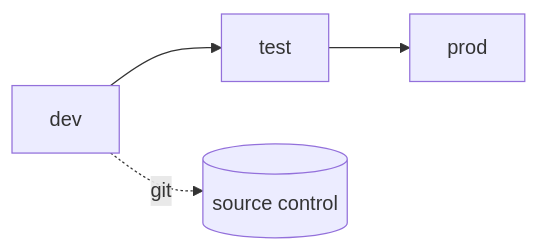
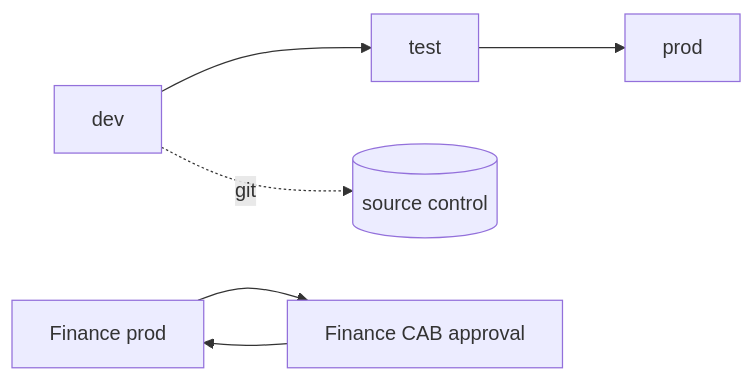
The diagram in instances/example-client/pages/09-engineering-cicd.md (Jonvoge/fabric-playbook), drawn with Mermaid before and after one commit. The commit also changed other lines of this file and 15 other files, not shown here.

````diff
--- a/instances/example-client/pages/09-engineering-cicd.md
+++ b/instances/example-client/pages/09-engineering-cicd.md
@@ -31,6 +43,8 @@
 ```mermaid
 flowchart LR
   D["dev"] --> T["test"]
   T --> P["prod"]
   D -. "git" .-> Repo[("source control")]
+  P_FIN["Finance prod"] --> CAB["Finance CAB approval"]
+  CAB --> P_FIN
 ```
````
